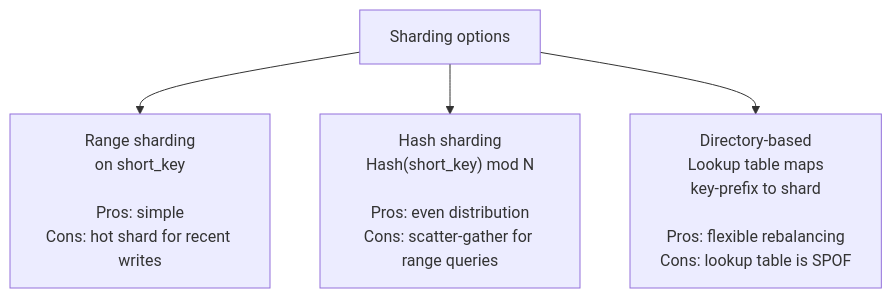
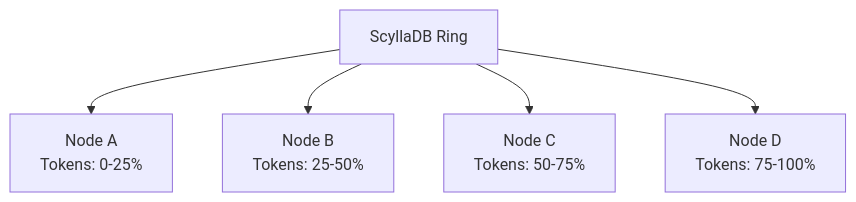
The ninth of 23 diagrams in url-shortener-system-design-1.md (hemantkgupta/url-shortener), drawn with Mermaid before and after one commit. The commit also changed other lines of this file and 156 other files, not shown here.

````diff
--- a/url-shortener-system-design-1.md
+++ b/url-shortener-system-design-1.md
@@ -522,11 +479,13 @@
 ```mermaid
 flowchart TD
-    A["Sharding options"]
-    B["Range sharding<br/>on short_key<br/><br/>Pros: simple<br/>Cons: hot shard for recent writes"]
-    C["Hash sharding<br/>Hash(short_key) mod N<br/><br/>Pros: even distribution<br/>Cons: scatter-gather for range queries"]
-    D["Directory-based<br/>Lookup table maps<br/>key-prefix to shard<br/><br/>Pros: flexible rebalancing<br/>Cons: lookup table is SPOF"]
+    A["ScyllaDB Ring"]
+    B["Node A<br/>Tokens: 0-25%"]
+    C["Node B<br/>Tokens: 25-50%"]
+    D["Node C<br/>Tokens: 50-75%"]
+    E["Node D<br/>Tokens: 75-100%"]
 
     A --> B
     A --> C
     A --> D
+    A --> E
 ```
````
